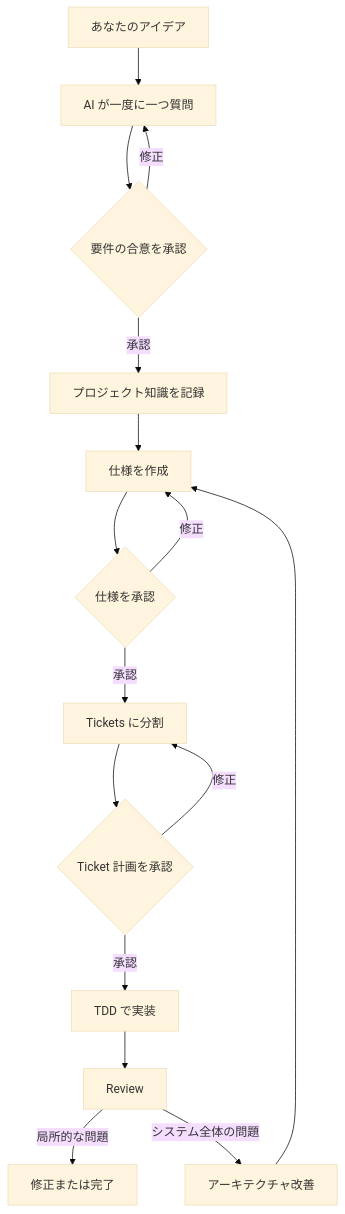
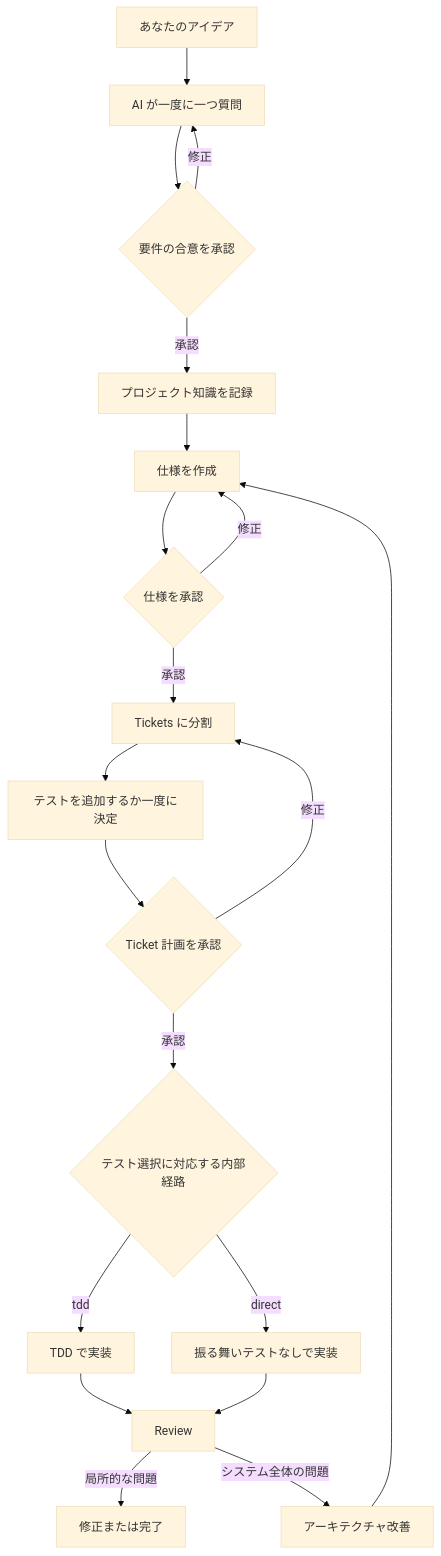
Before and after one commit to Mysterio1001/Ask-Then-Do-It: the diagram in docs/guides/getting-started-simple.ja.md, drawn with Mermaid (base theme). The commit also changed other lines of this file and 94 other files, not shown here.

````diff
--- a/docs/guides/getting-started-simple.ja.md
+++ b/docs/guides/getting-started-simple.ja.md
@@ -15,18 +15,22 @@
 ```mermaid
 flowchart TD
     A["あなたのアイデア"] --> B["AI が一度に一つ質問"]
     B --> C{"要件の合意を承認"}
     C -->|修正| B
     C -->|承認| D["プロジェクト知識を記録"]
     D --> E["仕様を作成"]
     E --> F{"仕様を承認"}
     F -->|修正| E
     F -->|承認| G["Tickets に分割"]
-    G --> H{"Ticket 計画を承認"}
-    H -->|修正| G
-    H -->|承認| I["TDD で実装"]
-    I --> J["Review"]
-    J -->|局所的な問題| K["修正または完了"]
-    J -->|システム全体の問題| L["アーキテクチャ改善"]
-    L --> E
+    G --> H["テストを追加するか一度に決定"]
+    H --> I{"Ticket 計画を承認"}
+    I -->|修正| G
+    I -->|承認| J{"テスト選択に対応する内部経路"}
+    J -->|tdd| K["TDD で実装"]
+    J -->|direct| L["振る舞いテストなしで実装"]
+    K --> M["Review"]
+    L --> M
+    M -->|局所的な問題| N["修正または完了"]
+    M -->|システム全体の問題| O["アーキテクチャ改善"]
+    O --> E
 ```
````
